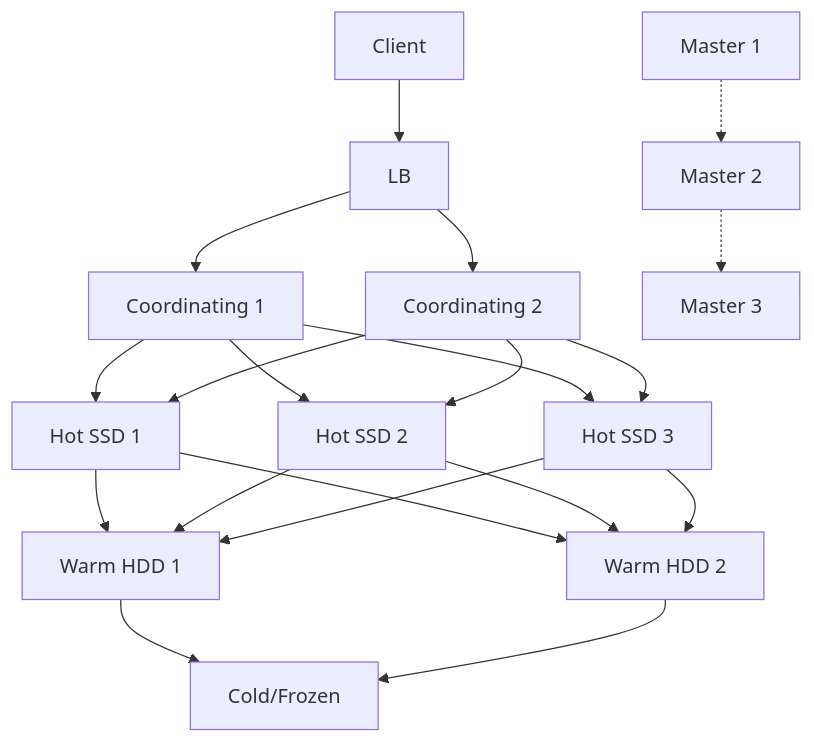
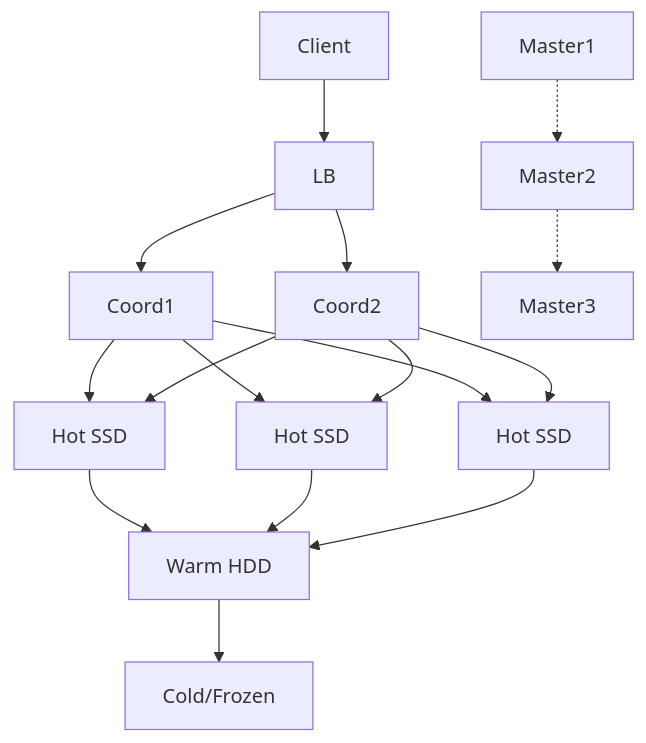
Before and after one commit to BakhodiribnYashinibnMansur/SeniorProject: the fourth of 8 diagrams in Roadmap/Backend/elasticsearch/TEMPLATE.md, drawn with Mermaid. The commit also changed other lines of this file and 17 other files, not shown here.

First line of the commit message:
update TEMPLATE.md files: add new roadmaps, fix SQL template, improve existing templates

````diff
--- a/Roadmap/Backend/elasticsearch/TEMPLATE.md
+++ b/Roadmap/Backend/elasticsearch/TEMPLATE.md
@@ -410,8 +377,7 @@
 ```mermaid
 graph TD
-    Client --> LB --> Coord1[Coordinating 1] & Coord2[Coordinating 2]
-    Coord1 & Coord2 --> Hot1[Hot SSD 1] & Hot2[Hot SSD 2] & Hot3[Hot SSD 3]
-    Hot1 & Hot2 & Hot3 --> Warm1[Warm HDD 1] & Warm2[Warm HDD 2]
-    Warm1 & Warm2 --> Cold1[Cold/Frozen]
-    Master1[Master 1] -.-> Master2[Master 2] -.-> Master3[Master 3]
+    Client --> LB --> Coord1 & Coord2
+    Coord1 & Coord2 --> Hot1[Hot SSD] & Hot2[Hot SSD] & Hot3[Hot SSD]
+    Hot1 & Hot2 & Hot3 --> Warm[Warm HDD] --> Cold[Cold/Frozen]
+    Master1 -.-> Master2 -.-> Master3
 ```
````
